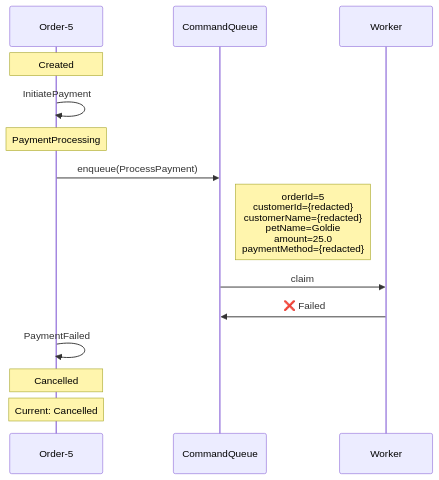
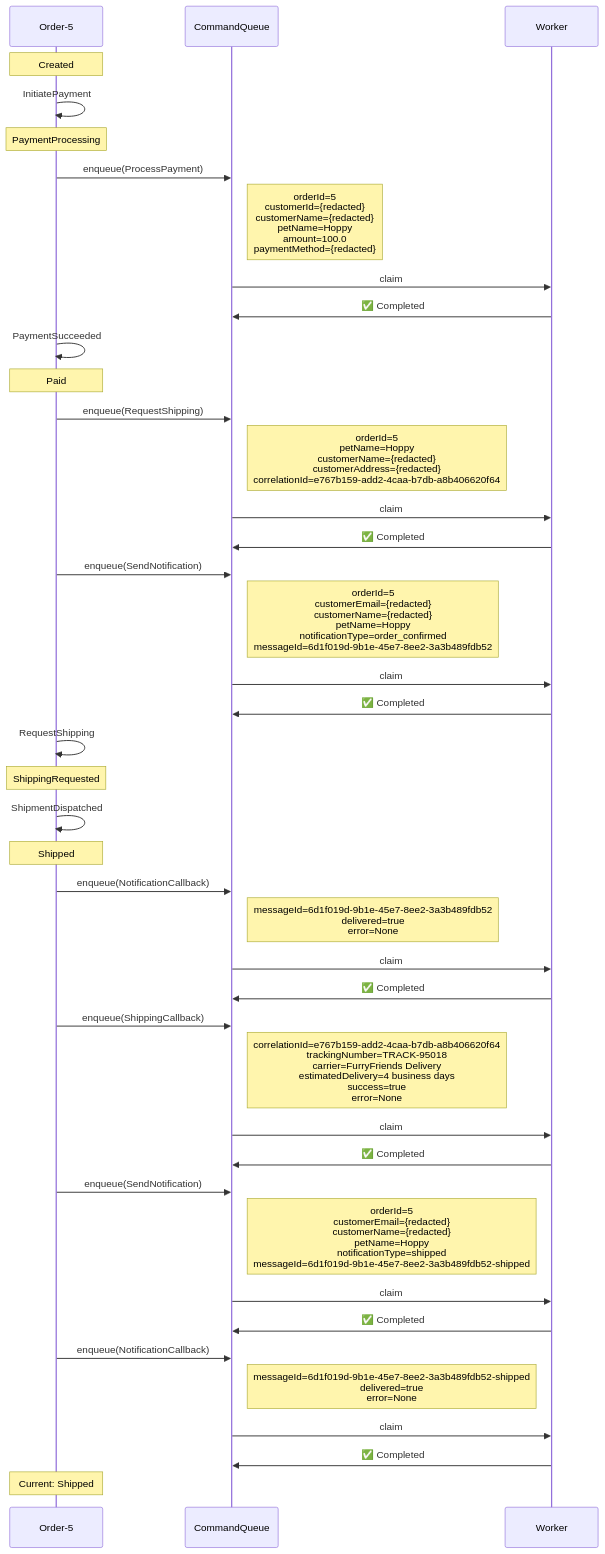
The first of 3 diagrams in docs/visualizations/order-5-trace.md (Iterable/mechanoid), drawn with Mermaid before and after one commit. The commit also changed other lines of this file and 16 other files, not shown here.

````diff
--- a/docs/visualizations/order-5-trace.md
+++ b/docs/visualizations/order-5-trace.md
@@ -11,18 +11,46 @@
 ```mermaid
 %%{init: {'themeCSS': '.noteText { text-align: left !important; }'}}%%
 sequenceDiagram
     participant FSM as Order-5
     participant CQ as CommandQueue
     participant W as Worker
 
     Note over FSM: Created
     FSM->>FSM: InitiatePayment
     Note over FSM: PaymentProcessing
     FSM->>CQ: enqueue(ProcessPayment)
-    Note right of CQ: orderId=5<br/>customerId={redacted}<br/>customerName={redacted}<br/>petName=Goldie<br/>amount=25.0<br/>paymentMethod={redacted}
+    Note right of CQ: orderId=5<br/>customerId={redacted}<br/>customerName={redacted}<br/>petName=Hoppy<br/>amount=100.0<br/>paymentMethod={redacted}
     CQ->>W: claim
-    W->>CQ: ❌ Failed
-    FSM->>FSM: PaymentFailed
-    Note over FSM: Cancelled
-    Note over FSM: Current: Cancelled
+    W->>CQ: ✅ Completed
+    FSM->>FSM: PaymentSucceeded
+    Note over FSM: Paid
+    FSM->>CQ: enqueue(RequestShipping)
+    Note right of CQ: orderId=5<br/>petName=Hoppy<br/>customerName={redacted}<br/>customerAddress={redacted}<br/>correlationId=e767b159-add2-4caa-b7db-a8b406620f64
+    CQ->>W: claim
+    W->>CQ: ✅ Completed
+    FSM->>CQ: enqueue(SendNotification)
+    Note right of CQ: orderId=5<br/>customerEmail={redacted}<br/>customerName={redacted}<br/>petName=Hoppy<br/>notificationType=order_confirmed<br/>messageId=6d1f019d-9b1e-45e7-8ee2-3a3b489fdb52
+    CQ->>W: claim
+    W->>CQ: ✅ Completed
+    FSM->>FSM: RequestShipping
+    Note over FSM: ShippingRequested
+    FSM->>FSM: ShipmentDispatched
+    Note over FSM: Shipped
+    FSM->>CQ: enqueue(NotificationCallback)
+    Note right of CQ: messageId=6d1f019d-9b1e-45e7-8ee2-3a3b489fdb52<br/>delivered=true<br/>error=None
+    CQ->>W: claim
+    W->>CQ: ✅ Completed
+    FSM->>CQ: enqueue(ShippingCallback)
+    Note right of CQ: correlationId=e767b159-add2-4caa-b7db-a8b406620f64<br/>trackingNumber=TRACK-95018<br/>carrier=FurryFriends Delivery<br/>estimatedDelivery=4 business days<br/>success=true<br/>error=None
+    CQ->>W: claim
+    W->>CQ: ✅ Completed
+    FSM->>CQ: enqueue(SendNotification)
+    Note right of CQ: orderId=5<br/>customerEmail={redacted}<br/>customerName={redacted}<br/>petName=Hoppy<br/>notificationType=shipped<br/>messageId=6d1f019d-9b1e-45e7-8ee2-3a3b489fdb52-shipped
+    CQ->>W: claim
+    W->>CQ: ✅ Completed
+    FSM->>CQ: enqueue(NotificationCallback)
+    Note right of CQ: messageId=6d1f019d-9b1e-45e7-8ee2-3a3b489fdb52-shipped<br/>delivered=true<br/>error=None
+    CQ->>W: claim
+    W->>CQ: ✅ Completed
+    Note over FSM: Current: Shipped
 ```
````
